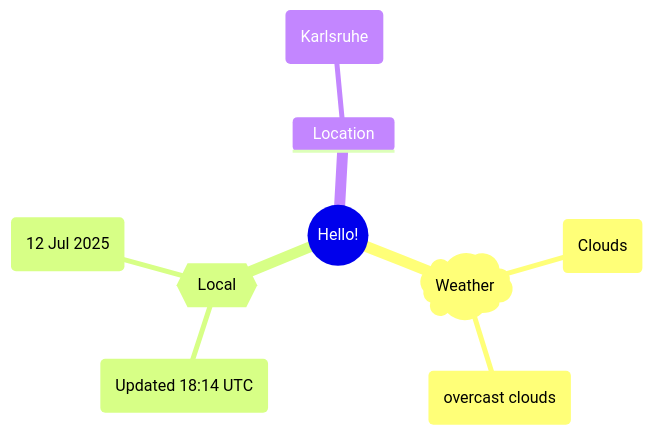
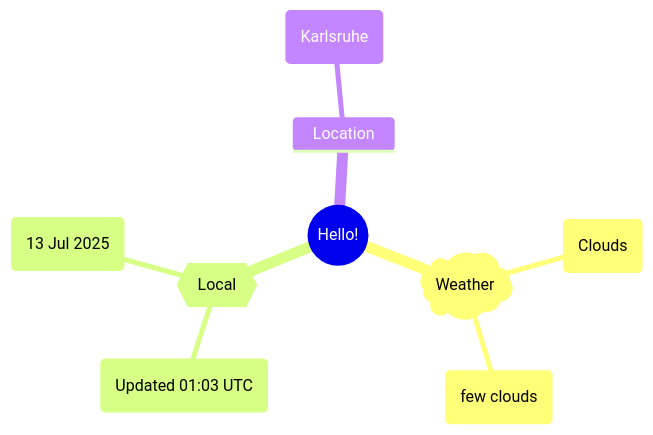
One commit to Xosrov/Xosrov changed the first of 2 diagrams in README.md. Above: the diagram before and after it, drawn with Mermaid.

Commit message:
[bot] updated images

````diff
--- a/README.md
+++ b/README.md
@@ -3,12 +3,12 @@
 ```mermaid
 mindmap
   root((Hello!))
     )Weather(
         (Clouds)
-        (overcast clouds)
+        (few clouds)
     {{Local}}
-        (Updated 18:14 UTC)
-        (12 Jul 2025)
+        (Updated 01:03 UTC)
+        (13 Jul 2025)
     Location
         (Karlsruhe)
 ```
````
